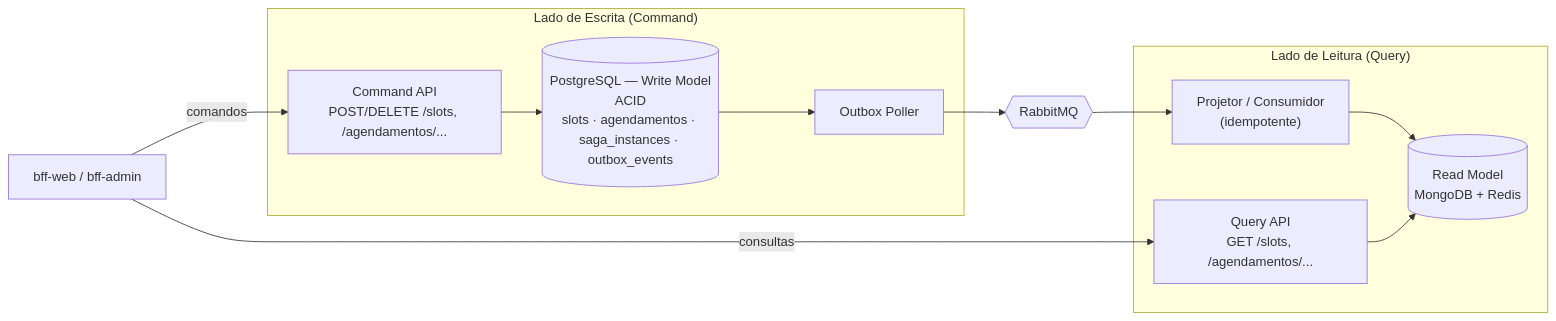
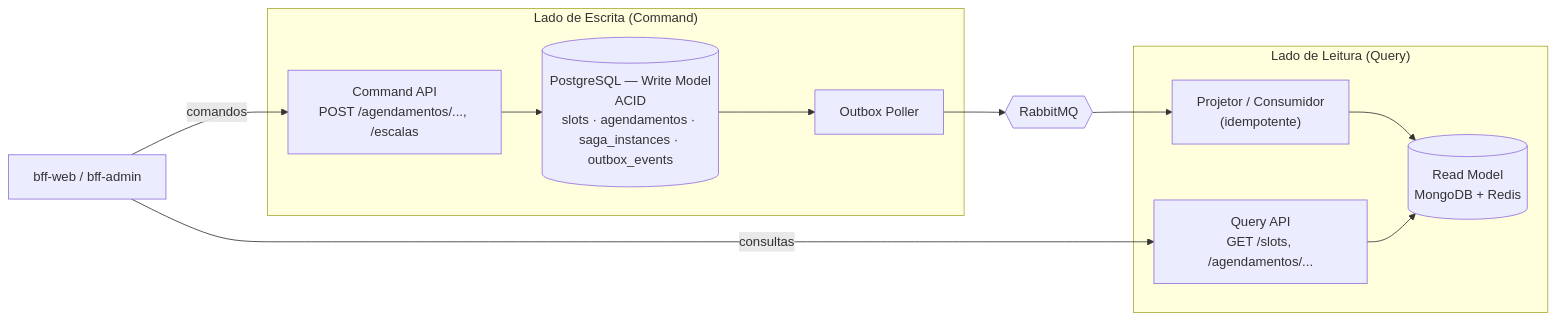
One commit to multiheros/saude-conecta changed the first of 2 diagrams in docs/arquitetura/cqrs-agendamento.md. Above: the diagram before and after it, drawn with Mermaid. The commit also changed other lines of this file and 13 other files, not shown here.

````diff
--- a/docs/arquitetura/cqrs-agendamento.md
+++ b/docs/arquitetura/cqrs-agendamento.md
@@ -34,22 +34,22 @@
 ```mermaid
 flowchart LR
     BFF["bff-web / bff-admin"]
 
     subgraph CMD["Lado de Escrita (Command)"]
-      CAPI["Command API<br/>POST/DELETE /slots, /agendamentos/..."]
+      CAPI["Command API<br/>POST /agendamentos/..., /escalas"]
       WM[("PostgreSQL — Write Model<br/>ACID<br/>slots · agendamentos · saga_instances · outbox_events")]
       POLL["Outbox Poller"]
     end
 
     MQ{{"RabbitMQ"}}
 
     subgraph QRY["Lado de Leitura (Query)"]
       PROJ["Projetor / Consumidor<br/>(idempotente)"]
       RM[("Read Model<br/>MongoDB + Redis")]
       QAPI["Query API<br/>GET /slots, /agendamentos/..."]
     end
 
     BFF -- comandos --> CAPI --> WM
     WM --> POLL --> MQ --> PROJ --> RM
     BFF -- consultas --> QAPI --> RM
 ```
````
